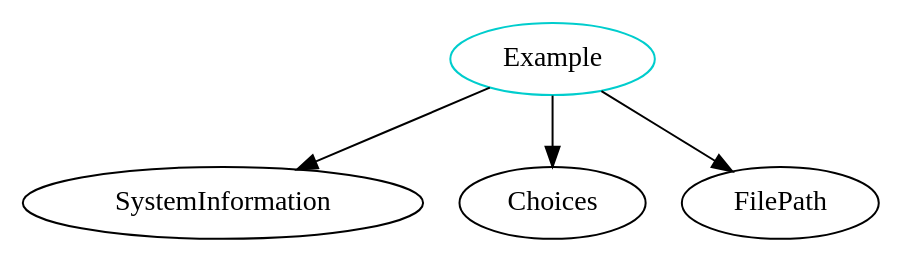
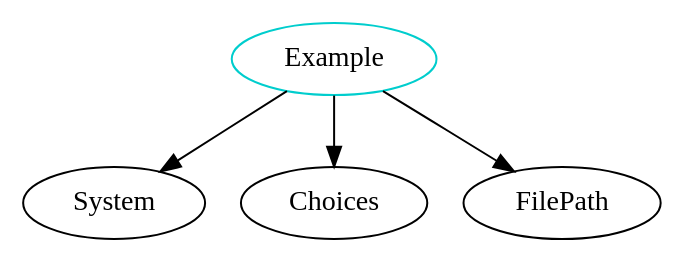
The diagram in analysis/TypeDependencyGraphs/website/Example.dot (JacquesCarette/Drasil), drawn with Graphviz before and after one commit. The commit also changed 337 other files, not shown here.

```diff
--- a/analysis/TypeDependencyGraphs/website/Example.dot
+++ b/analysis/TypeDependencyGraphs/website/Example.dot
@@ -1,6 +1,6 @@
 digraph example{
 Example	[shape=oval, color=cyan3, label="Example"];
-Example -> SystemInformation;
+Example -> System;
 Example -> Choices;
 Example -> FilePath;
 }
```
